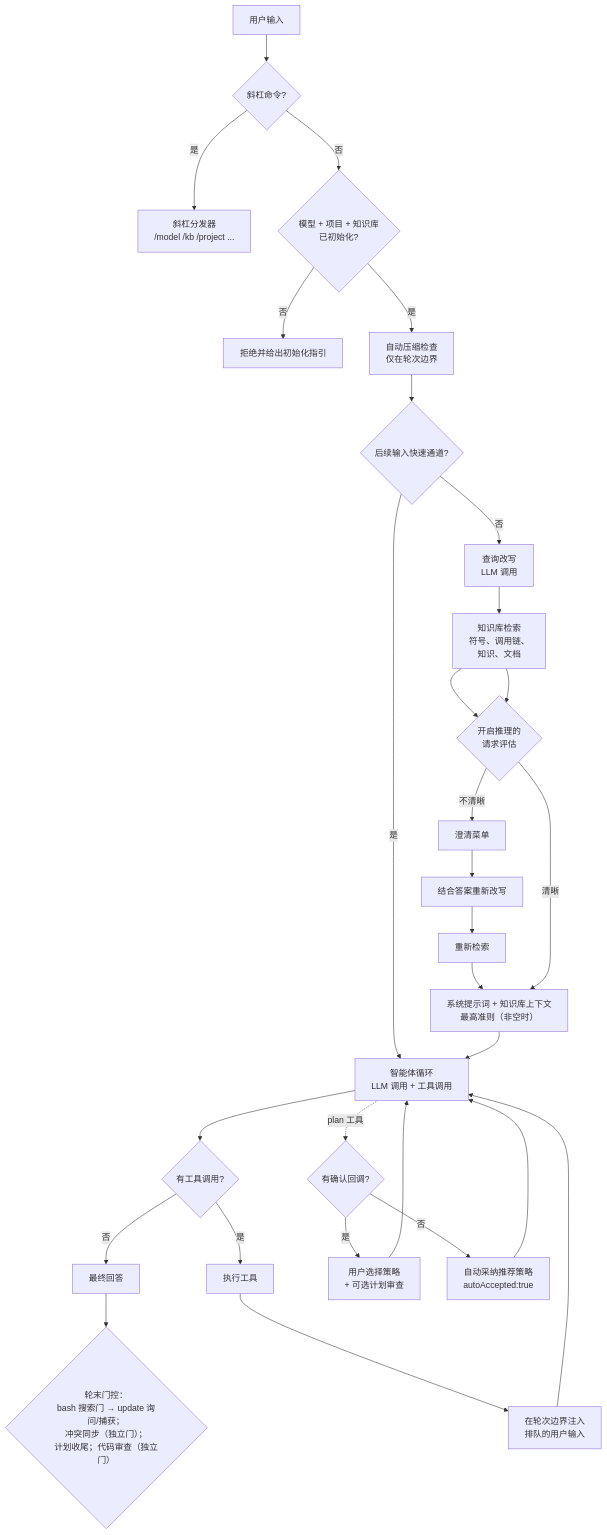
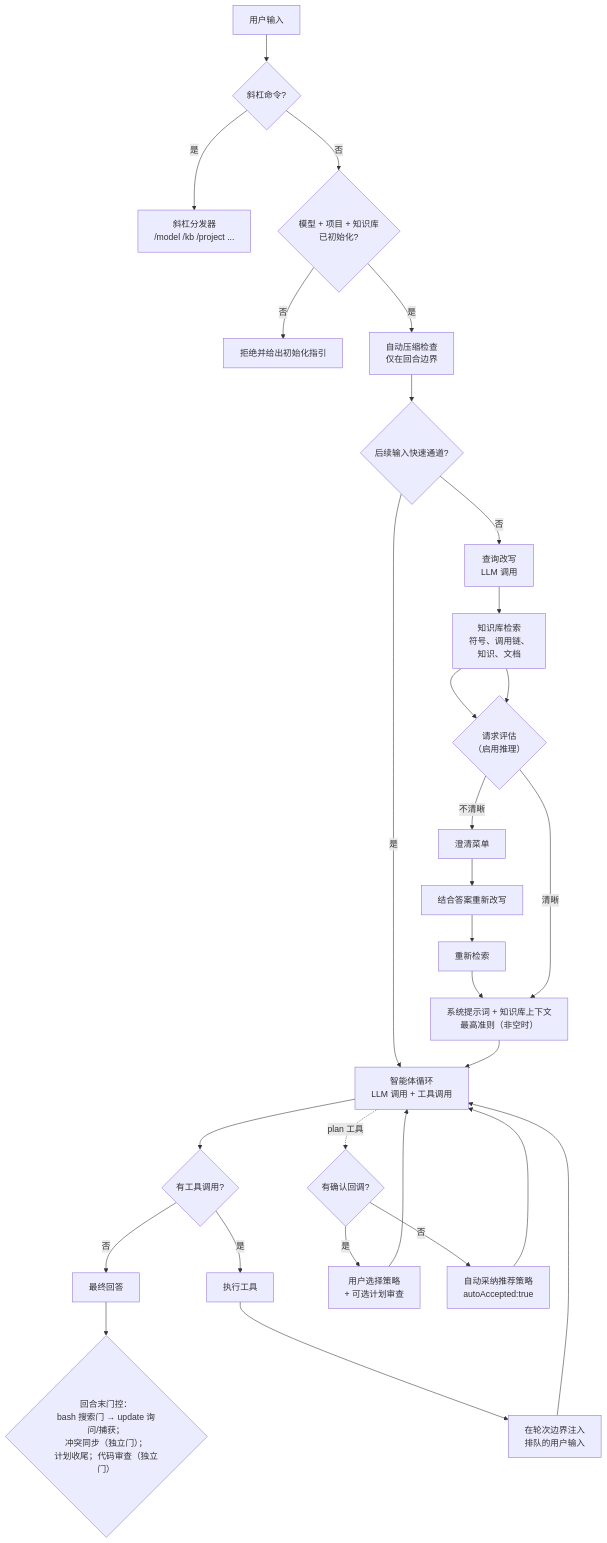
One commit to HaloTech-Co-Ltd/hk2 changed the diagram in docs/zh-CN/concepts/agent-workflow.md. Above: the diagram before and after it, drawn with Mermaid. The commit also changed other lines of this file and 23 other files, not shown here.

````diff
--- a/docs/zh-CN/concepts/agent-workflow.md
+++ b/docs/zh-CN/concepts/agent-workflow.md
@@ -12,24 +12,24 @@
 ```mermaid
 flowchart TD
     U[用户输入] --> SL{斜杠命令?}
     SL -- 是 --> SC[斜杠分发器<br/>/model /kb /project ...]
     SL -- 否 --> GATE{模型 + 项目 + 知识库<br/>已初始化?}
     GATE -- 否 --> HINT[拒绝并给出初始化指引]
-    GATE -- 是 --> AC[自动压缩检查<br/>仅在轮次边界]
+    GATE -- 是 --> AC[自动压缩检查<br/>仅在回合边界]
     AC --> FL{后续输入快速通道?}
     FL -- 是 --> LOOP
-    FL -- 否 --> RW[查询改写<br/>LLM 调用] --> KB[知识库检索<br/>符号、调用链、<br/>知识、文档] --> ASSESS{开启推理的<br/>请求评估}
+    FL -- 否 --> RW[查询改写<br/>LLM 调用] --> KB[知识库检索<br/>符号、调用链、<br/>知识、文档] --> ASSESS{请求评估<br/>（启用推理）}
     ASSESS -- 不清晰 --> MENU[澄清菜单] --> RW2[结合答案重新改写] --> KB2[重新检索] --> SP
     ASSESS -- 清晰 --> SP
     KB --> ASSESS
     SP[系统提示词 + 知识库上下文<br/>最高准则（非空时）] --> LOOP[智能体循环<br/>LLM 调用 + 工具调用]
     LOOP --> TOOLS{有工具调用?}
     TOOLS -- 是 --> EXEC[执行工具] --> QUEUE[在轮次边界注入<br/>排队的用户输入] --> LOOP
     TOOLS -- 否 --> ANS[最终回答]
     LOOP -.plan 工具.-> MODE{有确认回调?}
     MODE -- 是 --> CONFIRM[用户选择策略<br/>+ 可选计划审查]
     MODE -- 否 --> AUTO[自动采纳推荐策略<br/>autoAccepted:true]
     CONFIRM --> LOOP
     AUTO --> LOOP
-    ANS --> EOT{轮末门控：<br/>bash 搜索门 → update 询问/捕获；<br/>冲突同步（独立门）；<br/>计划收尾；代码审查（独立门）}
+    ANS --> EOT{回合末门控：<br/>bash 搜索门 → update 询问/捕获；<br/>冲突同步（独立门）；<br/>计划收尾；代码审查（独立门）}
 ```
````
